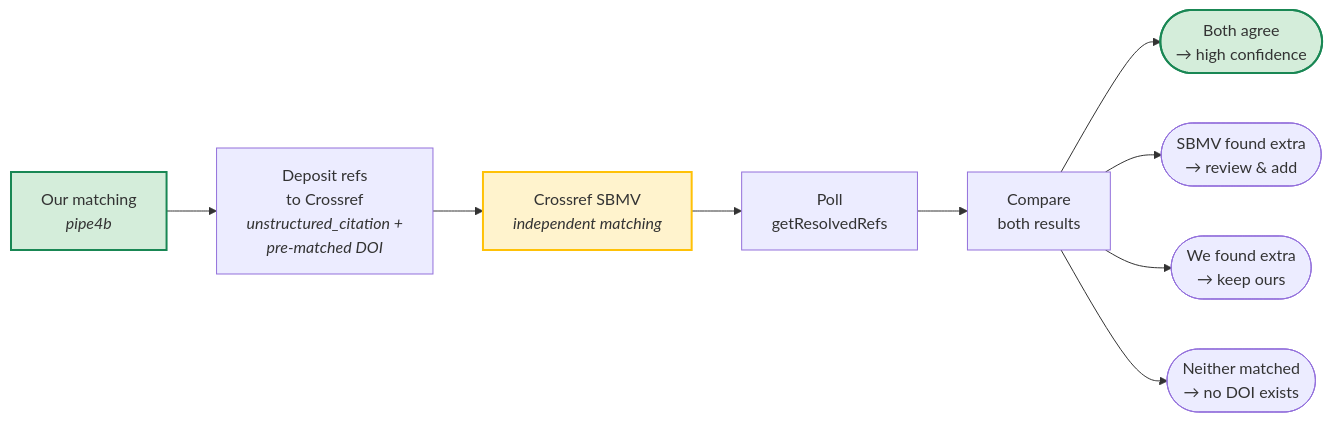
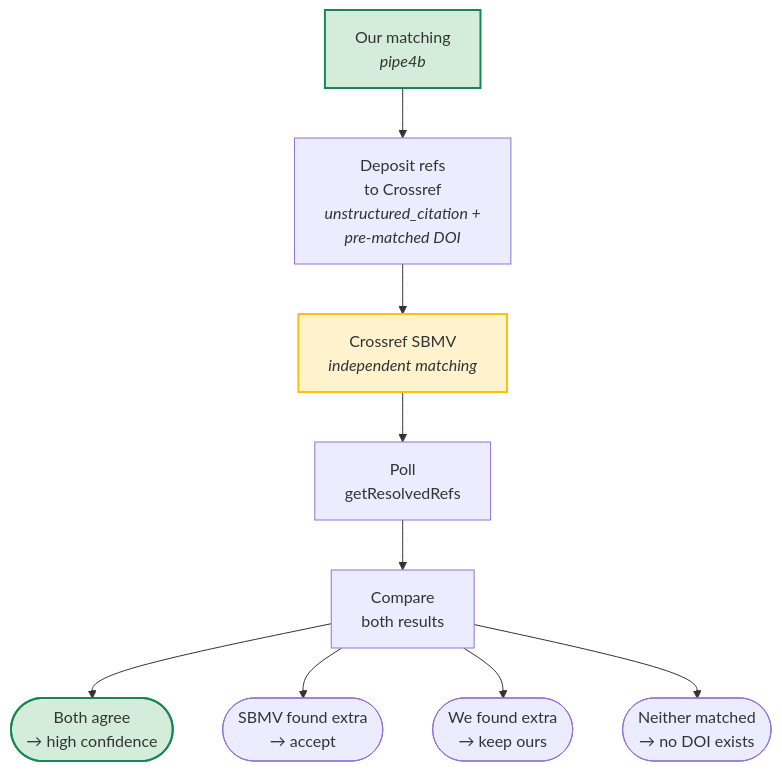
Before and after one commit to Pharkie/pharkie-ojs-plugins: the second of 2 diagrams in docs/crossref-reference-linking.md, drawn with Mermaid. The commit also changed other lines of this file and 2 other files, not shown here.

````diff
--- a/docs/crossref-reference-linking.md
+++ b/docs/crossref-reference-linking.md
@@ -151,16 +149,16 @@
 ```mermaid
-flowchart LR
+flowchart TD
     ours["Our matching\n<i>pipe4b</i>"] --> deposit["Deposit refs\nto Crossref\n<i>unstructured_citation +\npre-matched DOI</i>"]
     deposit --> sbmv["Crossref SBMV\n<i>independent matching</i>"]
     sbmv --> poll["Poll\ngetResolvedRefs"]
     poll --> compare["Compare\nboth results"]
 
     compare --> agree([Both agree\n→ high confidence])
-    compare --> sbmv_extra([SBMV found extra\n→ review & add])
+    compare --> sbmv_extra([SBMV found extra\n→ accept])
     compare --> ours_extra([We found extra\n→ keep ours])
     compare --> neither([Neither matched\n→ no DOI exists])
 
     style ours fill:#d4edda,stroke:#198754,stroke-width:2px
     style sbmv fill:#fff3cd,stroke:#ffc107,stroke-width:2px
     style agree fill:#d4edda,stroke:#198754,stroke-width:2px
 ```
````
